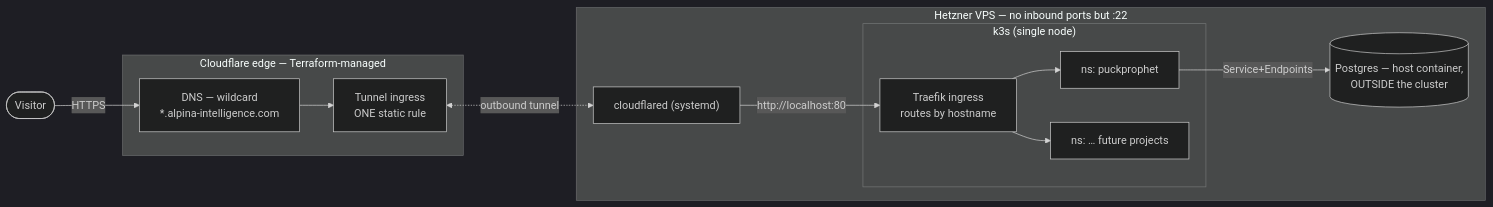
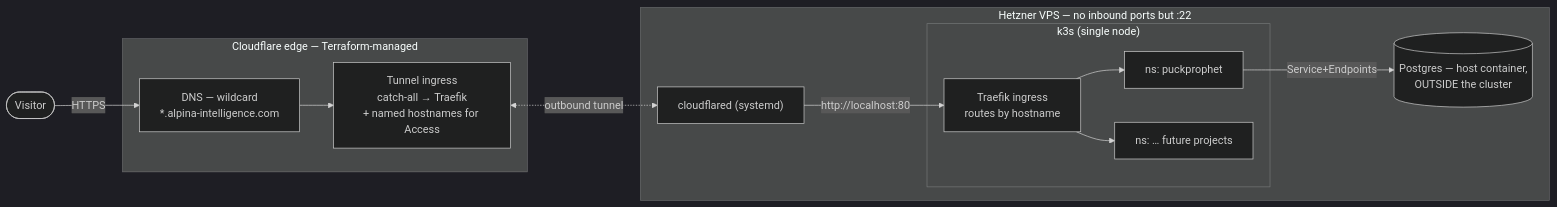
The first of 3 diagrams in docs/architecture.md (Alpina-Intelligence/alpina-intelligence), drawn with Mermaid (dark theme) before and after one commit. The commit also changed other lines of this file, not shown here.

First line of the commit message:
Document where routing lives, and why the tunnel keeps only a catch-all

````diff
--- a/docs/architecture.md
+++ b/docs/architecture.md
@@ -34,23 +34,23 @@
 ```mermaid
 flowchart LR
     user([Visitor])
     subgraph cf["Cloudflare edge — Terraform-managed"]
         dns["DNS — wildcard<br/>*.alpina-intelligence.com"]
-        tun["Tunnel ingress<br/>ONE static rule"]
+        tun["Tunnel ingress<br/>catch-all → Traefik<br/>+ named hostnames for Access"]
     end
     subgraph vps["Hetzner VPS — no inbound ports but :22"]
         cfd["cloudflared (systemd)"]
         subgraph k3s["k3s (single node)"]
             ing["Traefik ingress<br/>routes by hostname"]
             a1["ns: puckprophet"]
             a2["ns: … future projects"]
         end
         pg[("Postgres — host container,<br/>OUTSIDE the cluster")]
     end
 
     user -->|HTTPS| dns --> tun
     tun <-.->|outbound tunnel| cfd
     cfd -->|"http://localhost:80"| ing
     ing --> a1 & a2
     a1 -->|"Service+Endpoints"| pg
 ```
````
